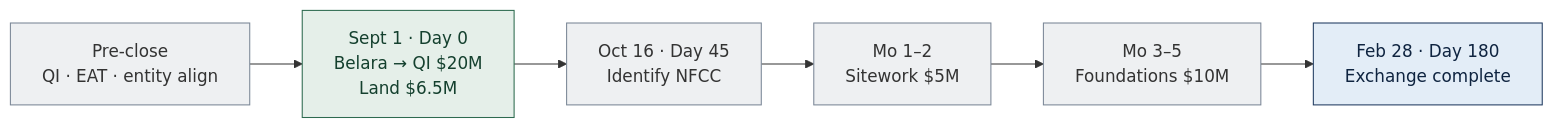
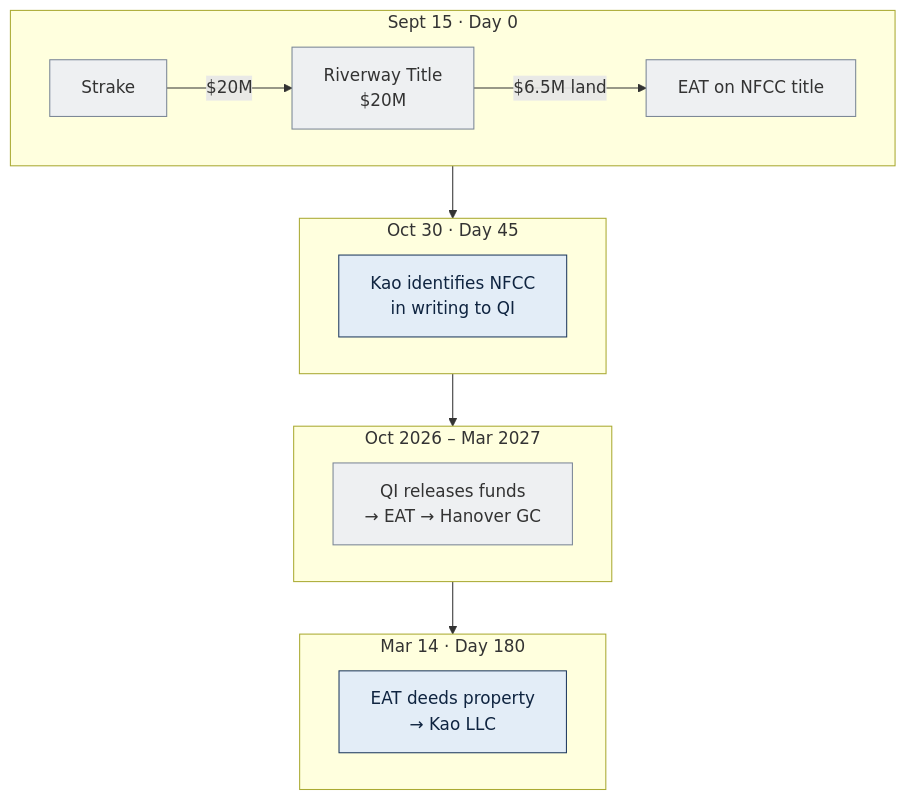
Before and after one commit to EthanCow/North-Forsyth-1031-Diagrams: the second of 14 diagrams in North_Forsyth_1031_Diagrams.md, drawn with Mermaid. The commit also changed other lines of this file and 4 other files, not shown here.

Commit message:
Add party-by-party step diagrams and Sept 15 timeline.

````diff
--- a/North_Forsyth_1031_Diagrams.md
+++ b/North_Forsyth_1031_Diagrams.md
@@ -72,13 +72,22 @@
 ```mermaid
-flowchart LR
-  A["Pre-close\nQI · EAT · entity align"]:::neutral
-  B["Sept 1 · Day 0\nBelara → QI $20M\nLand $6.5M"]:::asset
-  C["Oct 16 · Day 45\nIdentify NFCC"]:::neutral
-  D["Mo 1–2\nSitework $5M"]:::neutral
-  E["Mo 3–5\nFoundations $10M"]:::neutral
-  F["Feb 28 · Day 180\nExchange complete"]:::kao
-  A --> B --> C --> D --> E --> F
+flowchart TB
+  subgraph D0["Sept 15 · Day 0"]
+    SK["Strake"]:::neutral
+    QI["Riverway Title\n$20M"]:::neutral
+    EAT["EAT on NFCC title"]:::neutral
+    SK -->|"$20M"| QI
+    QI -->|"$6.5M land"| EAT
+  end
+  subgraph D45["Oct 30 · Day 45"]
+    ID["Kao identifies NFCC\nin writing to QI"]:::kao
+  end
+  subgraph BUILD["Oct 2026 – Mar 2027"]
+    DR["QI releases funds\n→ EAT → Hanover GC"]:::neutral
+  end
+  subgraph D180["Mar 14 · Day 180"]
+    DEED["EAT deeds property\n→ Kao LLC"]:::kao
+  end
+  D0 --> D45 --> BUILD --> D180
   classDef kao fill:#e3edf7,stroke:#1f3a5f,color:#0f2440;
   classDef neutral fill:#eef0f2,stroke:#7a8696,color:#333;
-  classDef asset fill:#e5efe9,stroke:#2d6a4f,color:#14402e;
 ```
````
